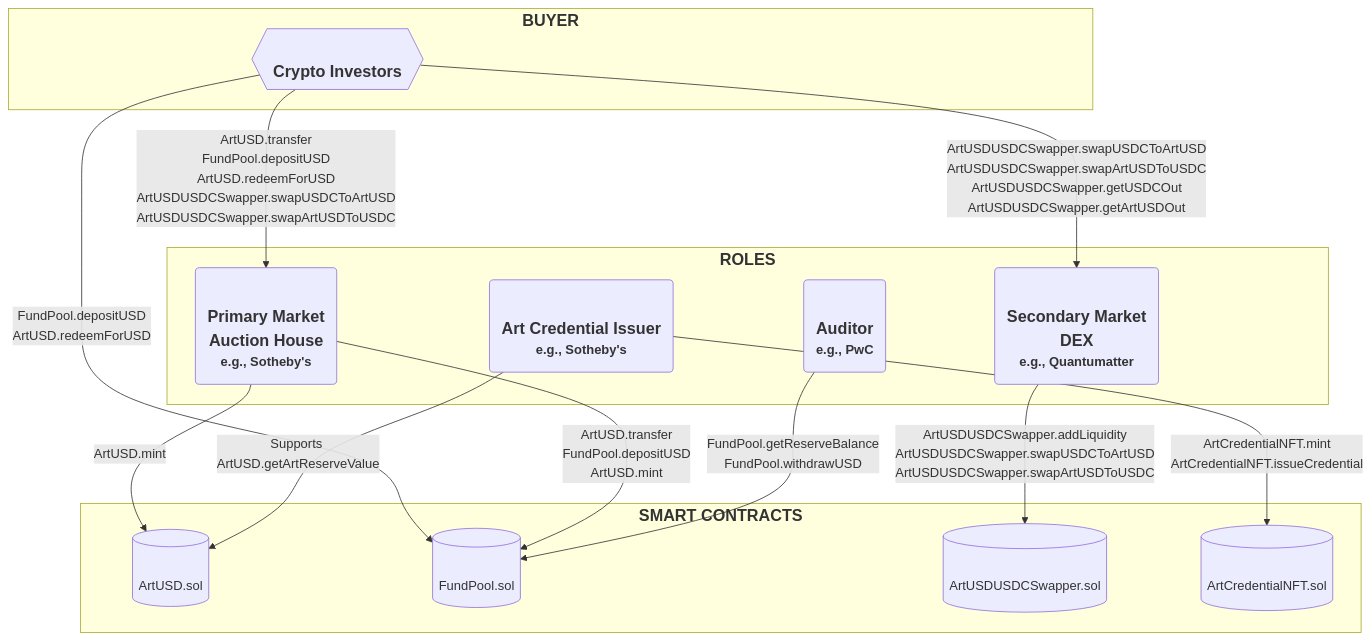
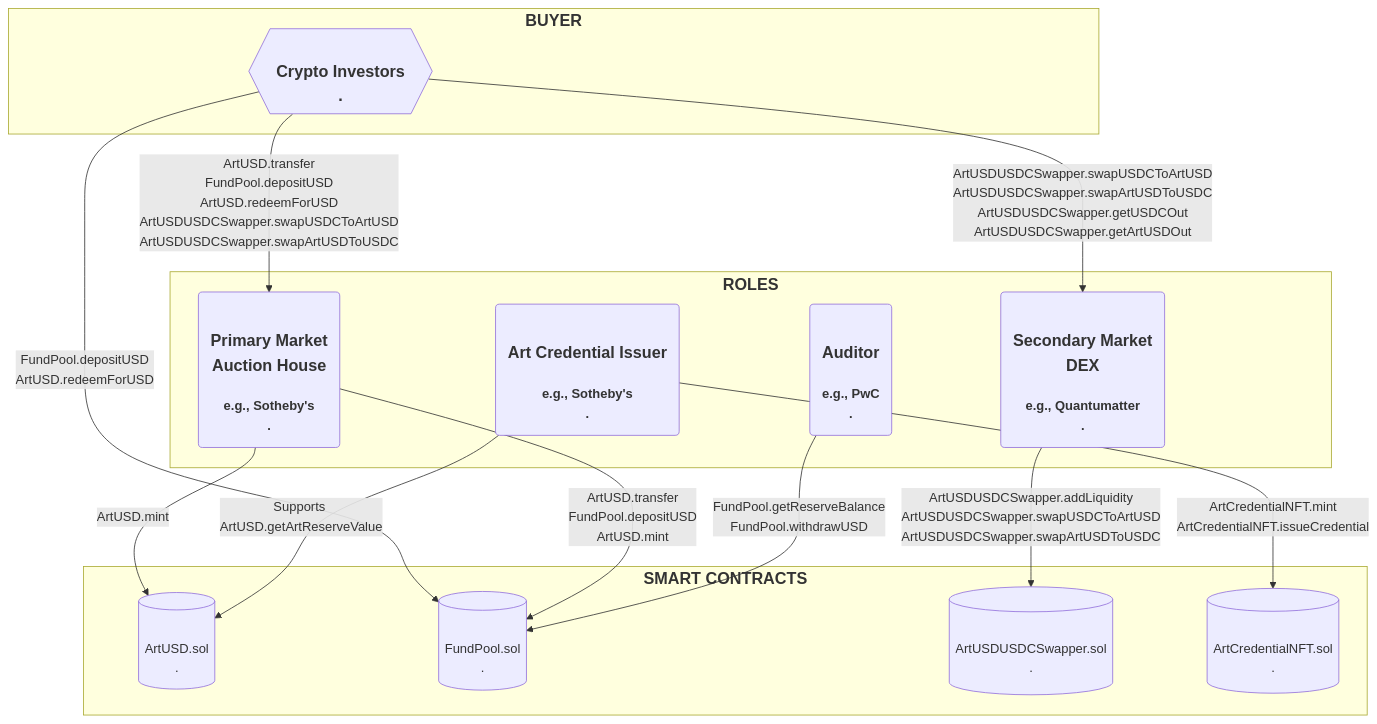
One commit to realmatterio/ArtUSD changed the first of 2 diagrams in README.md. Above: the diagram before and after it, drawn with Mermaid. The commit also changed other lines of this file, not shown here.

````diff
--- a/README.md
+++ b/README.md
@@ -60,36 +60,36 @@
 ```mermaid
 graph TD
     
     subgraph "`<b style="font-size: 20px;">BUYER</b>`"
-        A{{<b style="font-size: 20px;"><br>Crypto Investors<br></b>}}
+        A{{<b style="font-size: 20px;"><br>Crypto Investors<br>.</b>}}
     end
 
     subgraph "`<b style="font-size: 20px;">ROLES</b>`"
-        B(<b style="font-size: 20px;"><br>Primary Market<br>Auction House<br></b><b style="font-size: 16px;">e.g., Sotheby's<br></b>)
-        C(<b style="font-size: 20px;"><br>Secondary Market<br>DEX<br></b><b style="font-size: 16px;">e.g., Quantumatter<br></b>)
-        G(<b style="font-size: 20px;"><br>Art Credential Issuer<br></b><b style="font-size: 16px;">e.g., Sotheby's<br></b>)
-        I(<b style="font-size: 20px;"><br>Auditor<br></b><b style="font-size: 16px;">e.g., PwC<br></b>)
+        B(<b style="font-size: 20px;"><br>Primary Market<br>Auction House<br></b><b style="font-size: 16px;"><br>e.g., Sotheby's<br>.</b>)
+        C(<b style="font-size: 20px;"><br>Secondary Market<br>DEX<br></b><b style="font-size: 16px;"><br>e.g., Quantumatter<br>.</b>)
+        G(<b style="font-size: 20px;"><br>Art Credential Issuer<br></b><b style="font-size: 16px;"><br>e.g., Sotheby's<br>.</b>)
+        I(<b style="font-size: 20px;"><br>Auditor<br></b><b style="font-size: 16px;"><br>e.g., PwC<br>.</b>)
     end
 
     subgraph "`<b style="font-size: 20px;">SMART CONTRACTS</b>`"
-        E[(<br>ArtUSD.sol<br>)]
-        D[(<br>FundPool.sol<br>)]
-        F[(<br>ArtUSDUSDCSwapper.sol<br>)]
-        H[(<br>ArtCredentialNFT.sol<br>)]
+        E[(<br>ArtUSD.sol<br>.)]
+        D[(<br>FundPool.sol<br>.)]
+        F[(<br>ArtUSDUSDCSwapper.sol<br>.)]
+        H[(<br>ArtCredentialNFT.sol<br>.)]
     end
 
     A -->|ArtUSD.transfer<br>FundPool.depositUSD<br>ArtUSD.redeemForUSD<br>ArtUSDUSDCSwapper.swapUSDCToArtUSD<br>ArtUSDUSDCSwapper.swapArtUSDToUSDC| B
     A -->|ArtUSDUSDCSwapper.swapUSDCToArtUSD<br>ArtUSDUSDCSwapper.swapArtUSDToUSDC<br>ArtUSDUSDCSwapper.getUSDCOut<br>ArtUSDUSDCSwapper.getArtUSDOut| C
     A -->|FundPool.depositUSD<br>ArtUSD.redeemForUSD| D
     
     B -->|ArtUSD.transfer<br>FundPool.depositUSD<br>ArtUSD.mint| D
     B -->|ArtUSD.mint| E
     
     C -->|ArtUSDUSDCSwapper.addLiquidity<br>ArtUSDUSDCSwapper.swapUSDCToArtUSD<br>ArtUSDUSDCSwapper.swapArtUSDToUSDC| F
     
     G -->|ArtCredentialNFT.mint<br>ArtCredentialNFT.issueCredential| H
     G -->|Supports ArtUSD.getArtReserveValue| E
     
     I -->|FundPool.getReserveBalance<br>FundPool.withdrawUSD| D
 
 ```
````
